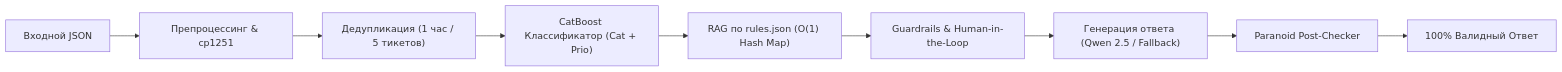
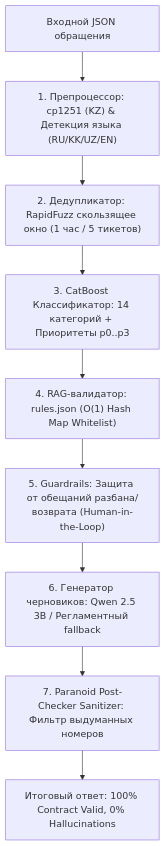
One commit to biplteam-Dreamteam/Outsiders changed the diagram in README.md. Above: the diagram before and after it, drawn with Mermaid. The commit also changed other lines of this file and 1 other file, not shown here.

````diff
--- a/README.md
+++ b/README.md
@@ -63,11 +194,11 @@
 ```mermaid
-flowchart LR
-    A["Входной JSON"] --> B["Препроцессинг & cp1251"]
-    B --> C["Дедупликация (1 час / 5 тикетов)"]
-    C --> D["CatBoost Классификатор (Cat + Prio)"]
-    D --> E["RAG по rules.json (O(1) Hash Map)"]
-    E --> F["Guardrails & Human-in-the-Loop"]
-    F --> G["Генерация ответа (Qwen 2.5 / Fallback)"]
-    G --> H["Paranoid Post-Checker"]
-    H --> I["100% Валидный Ответ"]
+flowchart TD
+    A["Входной JSON обращения"] --> B["1. Препроцессор: cp1251 (KZ) & Детекция языка (RU/KK/UZ/EN)"]
+    B --> C["2. Дедупликатор: RapidFuzz скользящее окно (1 час / 5 тикетов)"]
+    C --> D["3. CatBoost Классификатор: 14 категорий + Приоритеты p0..p3"]
+    D --> E["4. RAG-валидатор: rules.json (O(1) Hash Map Whitelist)"]
+    E --> F["5. Guardrails: Защита от обещаний разбана/возврата (Human-in-the-Loop)"]
+    F --> G["6. Генератор черновиков: Qwen 2.5 3B / Регламентный fallback"]
+    G --> H["7. Paranoid Post-Checker Sanitizer: Фильтр выдуманных номеров"]
+    H --> I["Итоговый ответ: 100% Contract Valid, 0% Hallucinations"]
 ```
````
